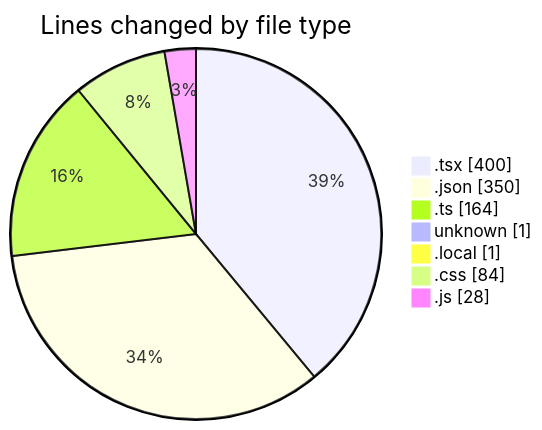
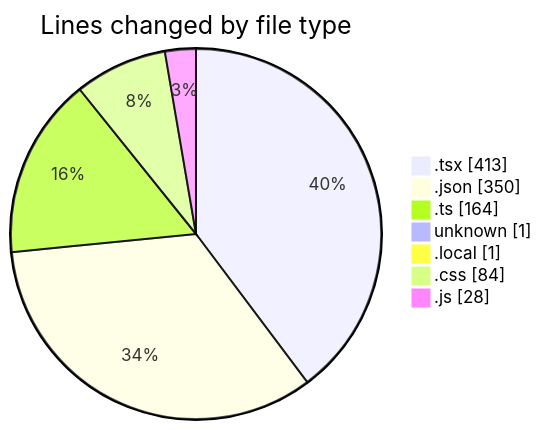
Before and after one commit to Elitesun/code-tracking: the first of 2 diagrams in 2025-04-08/sungpt/README.md, drawn with Mermaid. The commit also changed other lines of this file and 1 other file, not shown here.

````diff
--- a/2025-04-08/sungpt/README.md
+++ b/2025-04-08/sungpt/README.md
@@ -35,11 +35,11 @@
 ```mermaid
 pie showData
 title Lines changed by file type
-".tsx" : 400
+".tsx" : 413
 ".json" : 350
 ".ts" : 164
 "unknown" : 1
 ".local" : 1
 ".css" : 84
 ".js" : 28
 ```
````
